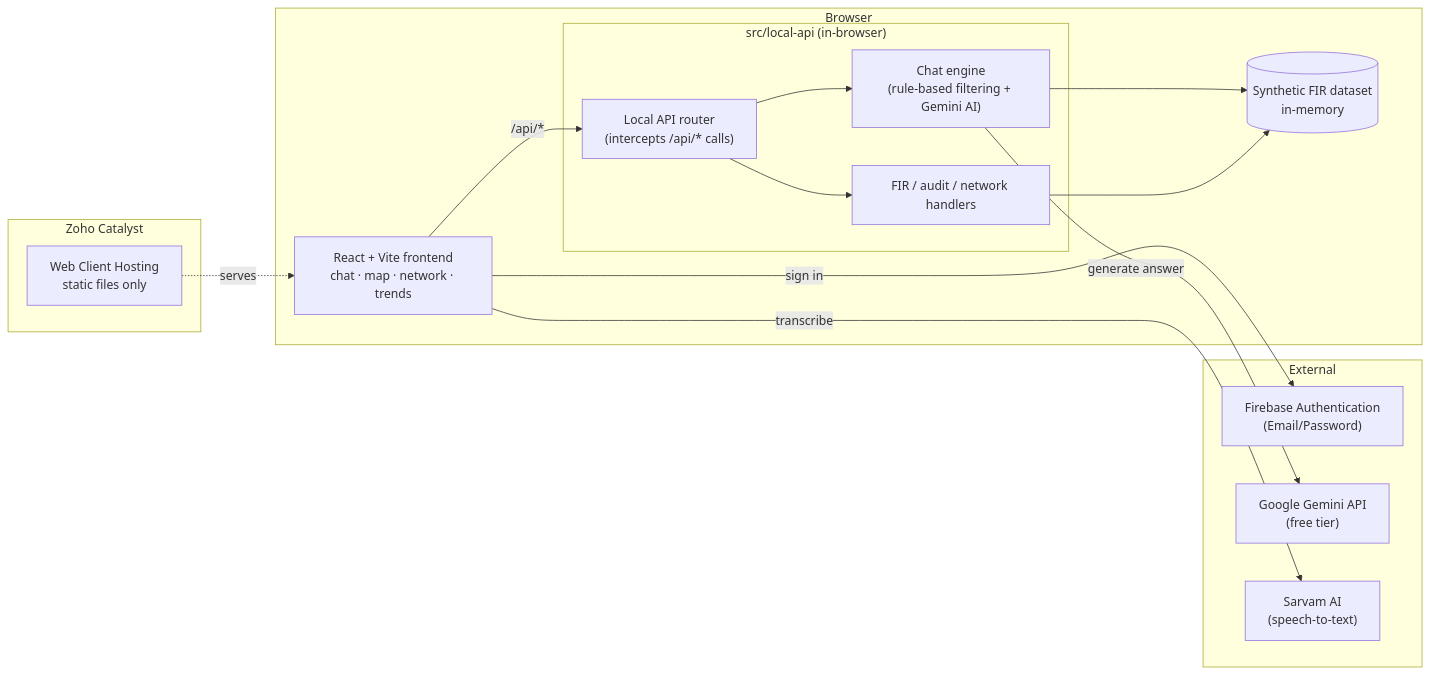
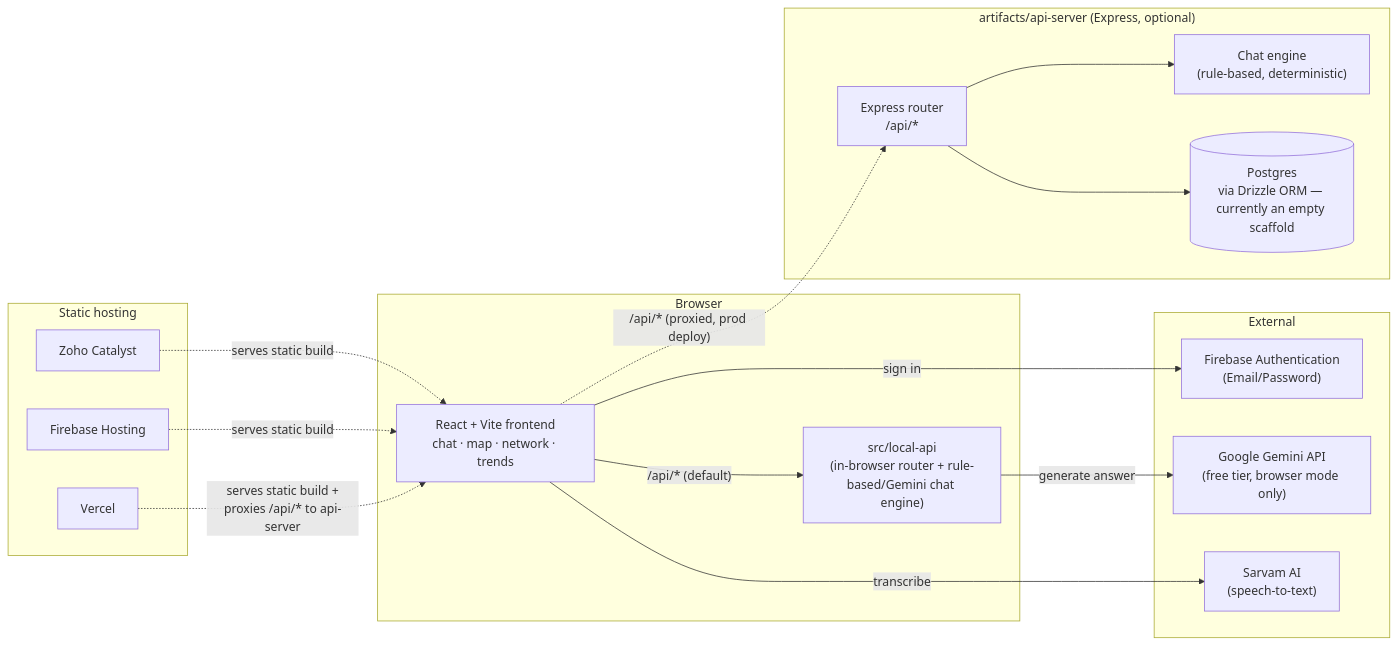
The diagram in README.md (Naxt318/SCRB-Sanket), drawn with Mermaid before and after one commit. The commit also changed other lines of this file, not shown here.

````diff
--- a/README.md
+++ b/README.md
@@ -123,32 +131,36 @@
 ```mermaid
 flowchart LR
     subgraph Browser
         UI["React + Vite frontend<br/>chat · map · network · trends"]
-        subgraph Local["src/local-api (in-browser)"]
-            Router["Local API router<br/>(intercepts /api/* calls)"]
-            Chat["Chat engine<br/>(rule-based filtering + Gemini AI)"]
-            Routes["FIR / audit / network handlers"]
-        end
-        Data[("Synthetic FIR dataset<br/>in-memory")]
+        LocalAPI["src/local-api<br/>(in-browser router + rule-based/Gemini chat engine)"]
+    end
+
+    subgraph Server["artifacts/api-server (Express, optional)"]
+        SRouter["Express router<br/>/api/*"]
+        SChat["Chat engine<br/>(rule-based, deterministic)"]
+        DB[("Postgres<br/>via Drizzle ORM — currently an empty scaffold")]
     end
 
     subgraph External
         Auth["Firebase Authentication<br/>(Email/Password)"]
-        AI["Google Gemini API<br/>(free tier)"]
+        AI["Google Gemini API<br/>(free tier, browser mode only)"]
         Voice["Sarvam AI<br/>(speech-to-text)"]
     end
 
-    subgraph ZohoCatalyst["Zoho Catalyst"]
-        Hosting["Web Client Hosting<br/>static files only"]
+    subgraph Hosts["Static hosting"]
+        Catalyst["Zoho Catalyst"]
+        FBHosting["Firebase Hosting"]
+        Vercel["Vercel"]
     end
 
     UI -->|"sign in"| Auth
-    UI -->|"/api/*"| Router
-    Router --> Chat
-    Router --> Routes
-    Chat --> Data
-    Chat -->|"generate answer"| AI
     UI -->|"transcribe"| Voice
-    Routes --> Data
-    Hosting -.->|"serves"| UI
+    UI -->|"/api/* (default)"| LocalAPI
+    LocalAPI -->|"generate answer"| AI
+    UI -.->|"/api/* (proxied, prod deploy)"| SRouter
+    SRouter --> SChat
+    SRouter --> DB
+    Catalyst -.->|"serves static build"| UI
+    FBHosting -.->|"serves static build"| UI
+    Vercel -.->|"serves static build +<br/>proxies /api/* to api-server"| UI
 ```
````
